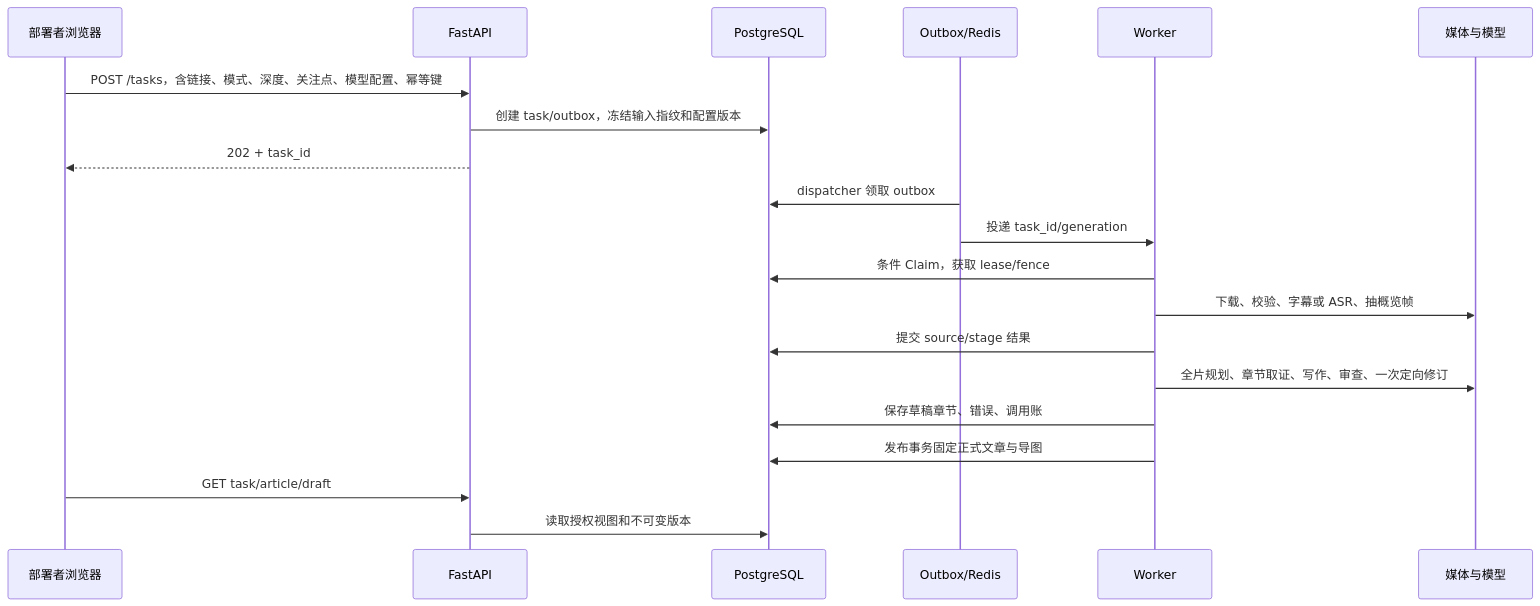
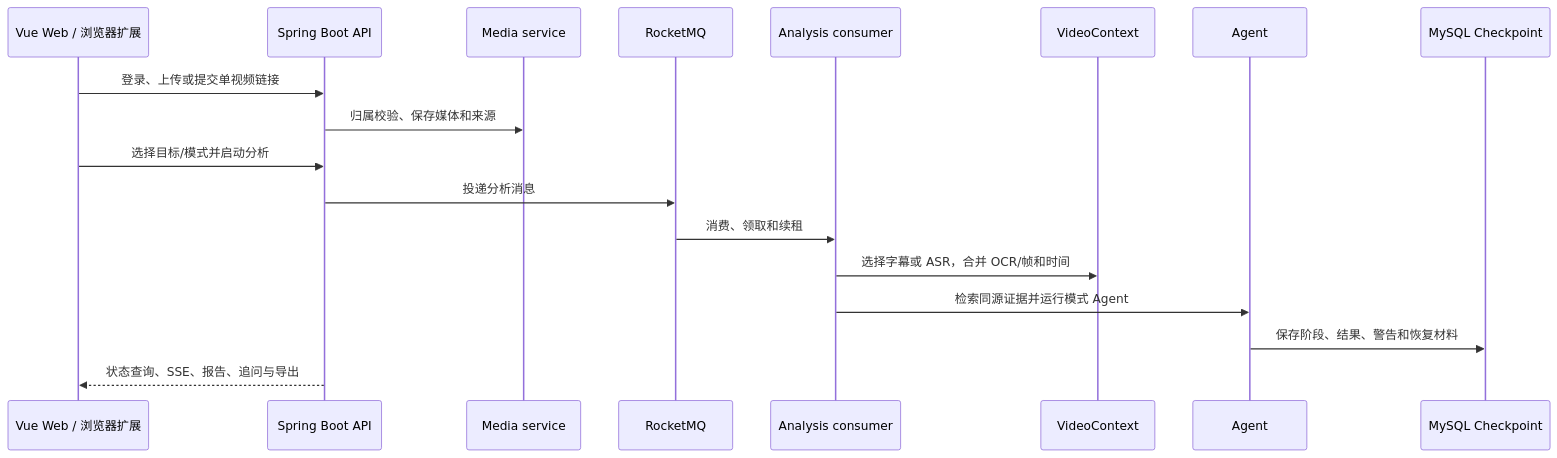
Before and after one commit to KlayFu11/FrameRead: the diagram in docs/research/FrameRead_Feasibility_Analysis.md, drawn with Mermaid. The commit also changed other lines of this file and 26 other files, not shown here.

````diff
--- a/docs/research/FrameRead_Feasibility_Analysis.md
+++ b/docs/research/FrameRead_Feasibility_Analysis.md
@@ -135,22 +42,20 @@
 ```mermaid
 sequenceDiagram
-  participant U as 部署者浏览器
-  participant A as FastAPI
-  participant D as PostgreSQL
-  participant Q as Outbox/Redis
-  participant W as Worker
-  participant M as 媒体与模型
-  U->>A: POST /tasks，含链接、模式、深度、关注点、模型配置、幂等键
-  A->>D: 创建 task/outbox，冻结输入指纹和配置版本
-  A-->>U: 202 + task_id
-  Q->>D: dispatcher 领取 outbox
-  Q->>W: 投递 task_id/generation
-  W->>D: 条件 Claim，获取 lease/fence
-  W->>M: 下载、校验、字幕或 ASR、抽概览帧
-  W->>D: 提交 source/stage 结果
-  W->>M: 全片规划、章节取证、写作、审查、一次定向修订
-  W->>D: 保存草稿章节、错误、调用账
-  W->>D: 发布事务固定正式文章与导图
-  U->>A: GET task/article/draft
-  A->>D: 读取授权视图和不可变版本
+  participant U as Vue Web / 浏览器扩展
+  participant A as Spring Boot API
+  participant M as Media service
+  participant Q as RocketMQ
+  participant C as Analysis consumer
+  participant V as VideoContext
+  participant G as Agent
+  participant D as MySQL Checkpoint
+  U->>A: 登录、上传或提交单视频链接
+  A->>M: 归属校验、保存媒体和来源
+  U->>A: 选择目标/模式并启动分析
+  A->>Q: 投递分析消息
+  Q->>C: 消费、领取和续租
+  C->>V: 选择字幕或 ASR，合并 OCR/帧和时间
+  C->>G: 检索同源证据并运行模式 Agent
+  G->>D: 保存阶段、结果、警告和恢复材料
+  A-->>U: 状态查询、SSE、报告、追问与导出
 ```
````
